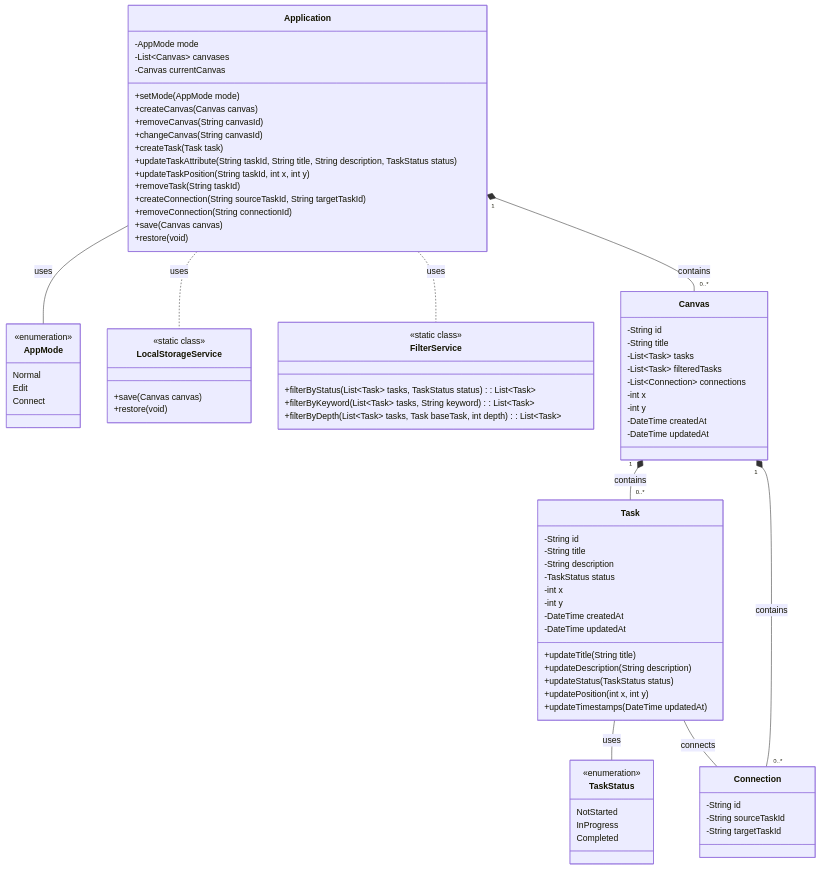
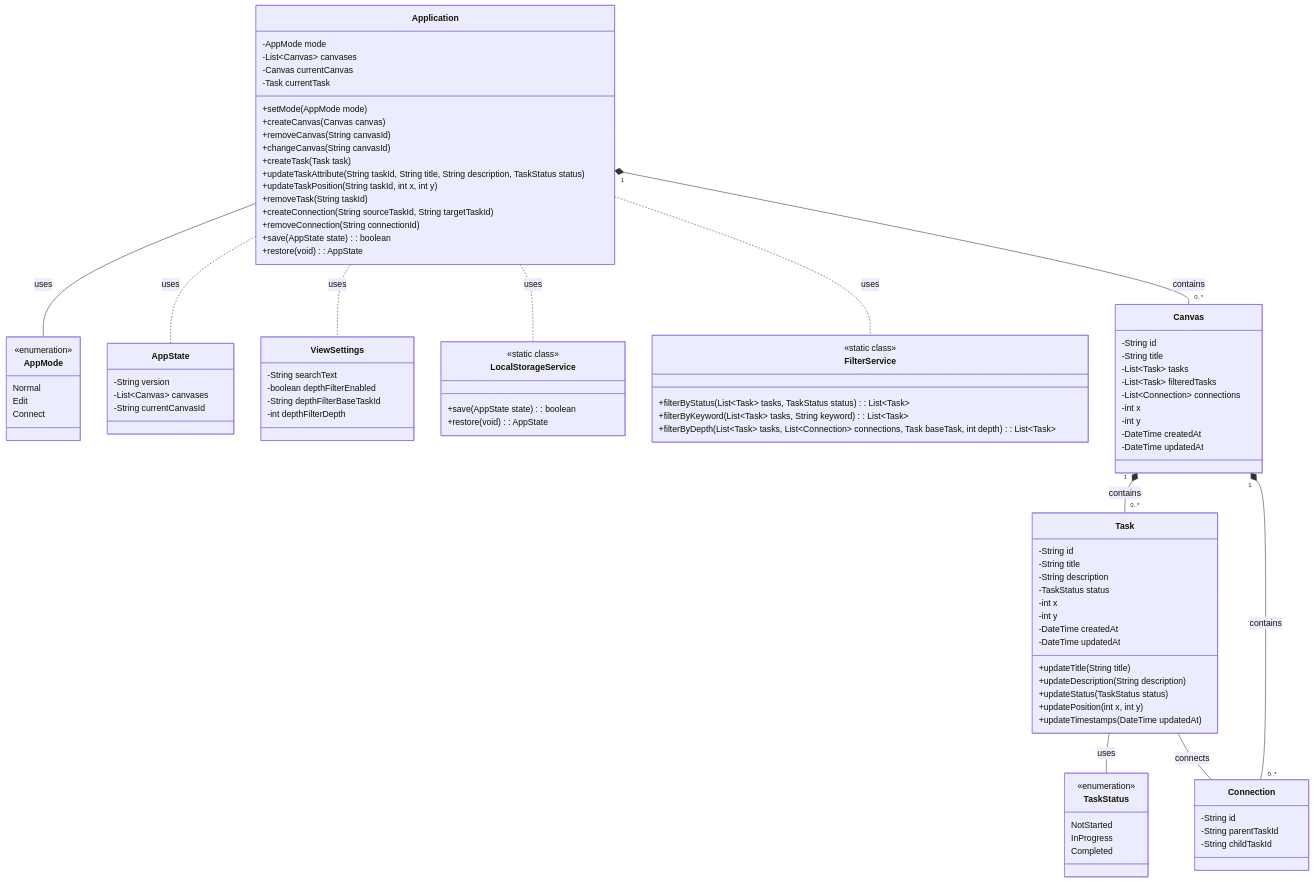
One commit to canta-9142/d4soft01 changed the diagram in uml.md. Above: the diagram before and after it, drawn with Mermaid. The commit also changed 1 other file, not shown here.

Commit message:
regular update

````diff
--- a/uml.md
+++ b/uml.md
@@ -3,9 +3,47 @@
 ```mermaid
 classDiagram
+    class AppState {
+        -String version
+        -List~Canvas~ canvases
+        -String currentCanvasId
+    }
+    class ViewSettings {
+        -String searchText
+        -boolean depthFilterEnabled
+        -String depthFilterBaseTaskId
+        -int depthFilterDepth
+    }
+    
+    class AppMode {
+        <<enumeration>>
+        Normal
+        Edit
+        Connect
+    }
+    class TaskStatus {
+        <<enumeration>>
+        NotStarted
+        InProgress
+        Completed
+    }
+
+    class LocalStorageService {
+        <<static class>>
+        +save(AppState state): boolean
+        +restore(void): AppState
+    }
+    class FilterService {
+        <<static class>>
+        +filterByStatus(List~Task~ tasks, TaskStatus status): List~Task~
+        +filterByKeyword(List~Task~ tasks, String keyword): List~Task~
+        +filterByDepth(List~Task~ tasks, List~Connection~ connections, Task baseTask, int depth): List~Task~
+    }
+
     class Application{
         -AppMode mode
         -List~Canvas~ canvases
         -Canvas currentCanvas
+        -Task currentTask
 
         +setMode(AppMode mode)
         +createCanvas(Canvas canvas)
@@ -17,28 +55,9 @@
         +removeTask(String taskId)
         +createConnection(String sourceTaskId, String targetTaskId)
         +removeConnection(String connectionId)
-        +save(Canvas canvas)
-        +restore(void)
+        +save(AppState state): boolean
+        +restore(void): AppState
     }
-    class AppMode {
-        <<enumeration>>
-        Normal
-        Edit
-        Connect
-    }
-    class LocalStorageService {
-        <<static class>>
-        +save(Canvas canvas)
-        +restore(void)
-    }
-
-    class FilterService {
-        <<static class>>
-        +filterByStatus(List~Task~ tasks, TaskStatus status): List~Task~
-        +filterByKeyword(List~Task~ tasks, String keyword): List~Task~
-        +filterByDepth(List~Task~ tasks, Task baseTask, int depth): List~Task~
-    }
-    
     class Canvas {
         -String id
         -String title
@@ -50,7 +69,6 @@
         -DateTime createdAt
         -DateTime updatedAt
     }
-
     class Task {
         -String id
         -String title
@@ -67,22 +85,18 @@
         +updatePosition(int x, int y)
         +updateTimestamps(DateTime updatedAt)
     }
-    class TaskStatus {
-        <<enumeration>>
-        NotStarted
-        InProgress
-        Completed
-    }
-
     class Connection {
         -String id
-        -String sourceTaskId
-        -String targetTaskId
+        -String parentTaskId
+        -String childTaskId
     }
 
 
     Application -- AppMode : uses
     Task -- TaskStatus : uses
+
+    Application .. AppState : uses
+    Application .. ViewSettings : uses
 
     Application .. LocalStorageService : uses
     Application .. FilterService : uses
````
